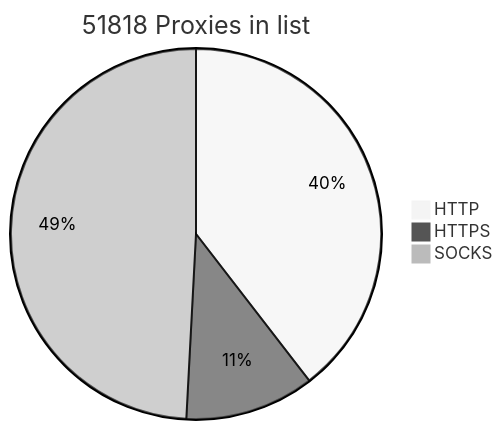
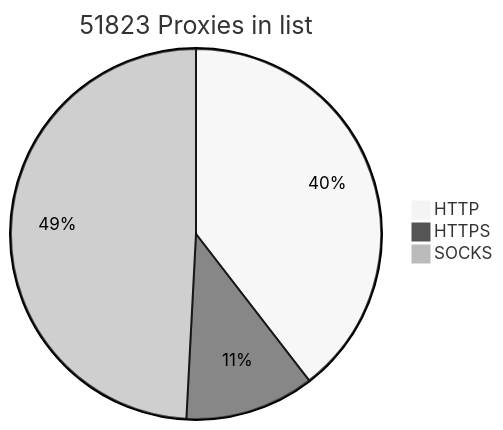
One commit to BlackSnowDot/proxylist-update-every-minute changed the diagram in README.md. Above: the diagram before and after it, drawn with Mermaid (neutral theme).

````diff
--- a/README.md
+++ b/README.md
@@ -2,6 +2,6 @@
 ```mermaid
-pie title 51818 Proxies in list
+pie title 51823 Proxies in list
     "HTTP" : 22767
     "HTTPS": 6506
-    "SOCKS" : 28314
+    "SOCKS" : 28319
 ```
````
